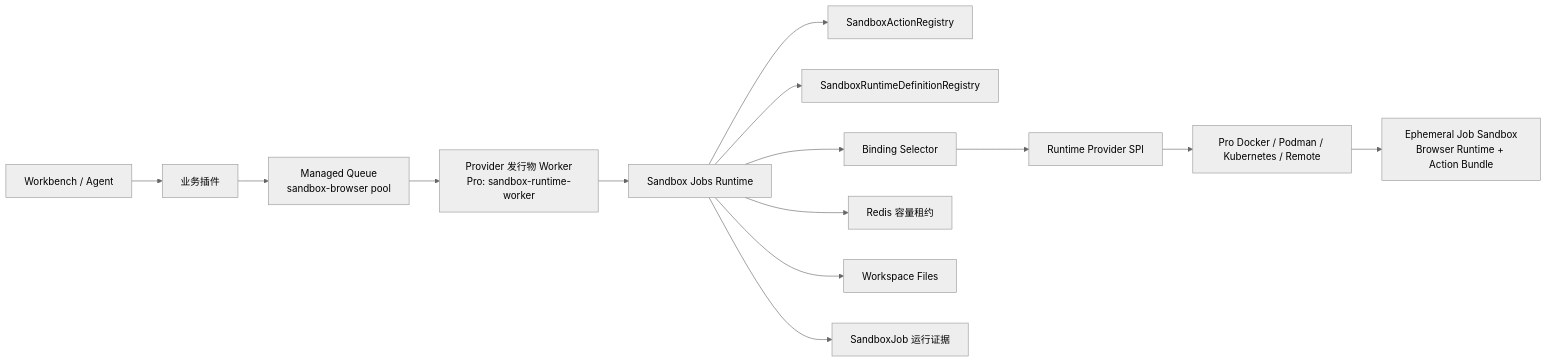
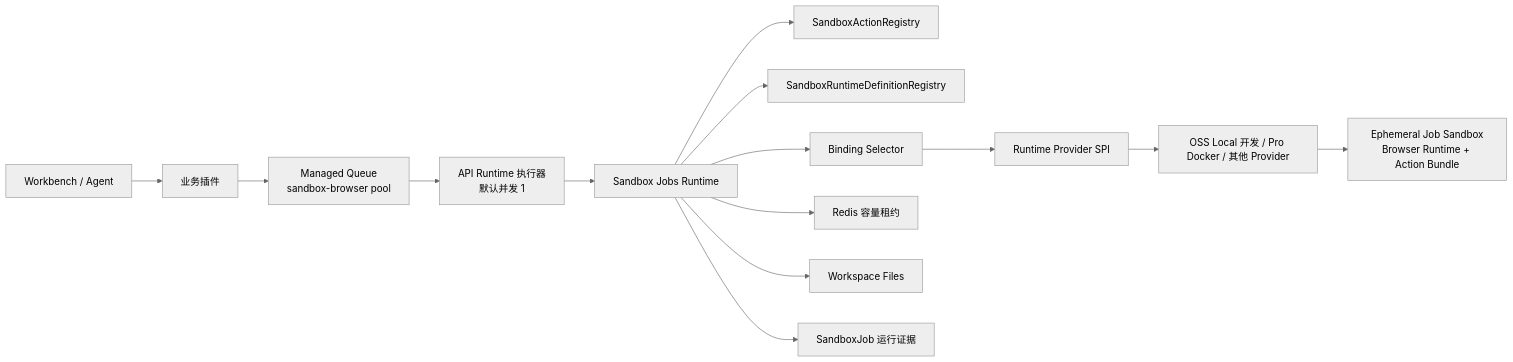
The first of 2 diagrams in docs/zh-hans/guides/sandbox-jobs-architecture.mdx (xpert-ai/xpert), drawn with Mermaid (neutral theme) before and after one commit. The commit also changed other lines of this file and 26 other files, not shown here.

Commit message:
feat: sandbox runtime local provider

````diff
--- a/docs/zh-hans/guides/sandbox-jobs-architecture.mdx
+++ b/docs/zh-hans/guides/sandbox-jobs-architecture.mdx
@@ -27,16 +27,16 @@
 ```mermaid
 flowchart LR
     C["Workbench / Agent"] --> P["业务插件"]
     P --> Q["Managed Queue<br/>sandbox-browser pool"]
-    Q --> W["Provider 发行物 Worker<br/>Pro: sandbox-runtime-worker"]
+    Q --> W["API Runtime 执行器<br/>默认并发 1"]
     W --> J["Sandbox Jobs Runtime"]
     J --> A["SandboxActionRegistry"]
     J --> R["SandboxRuntimeDefinitionRegistry"]
     J --> B["Binding Selector"]
     J --> L["Redis 容量租约"]
     B --> D["Runtime Provider SPI"]
-    D --> PR["Pro Docker / Podman / Kubernetes / Remote"]
+    D --> PR["OSS Local 开发 / Pro Docker / 其他 Provider"]
     PR --> S["Ephemeral Job Sandbox<br/>Browser Runtime + Action Bundle"]
     J --> F["Workspace Files"]
     J --> E["SandboxJob 运行证据"]
 ```
````
